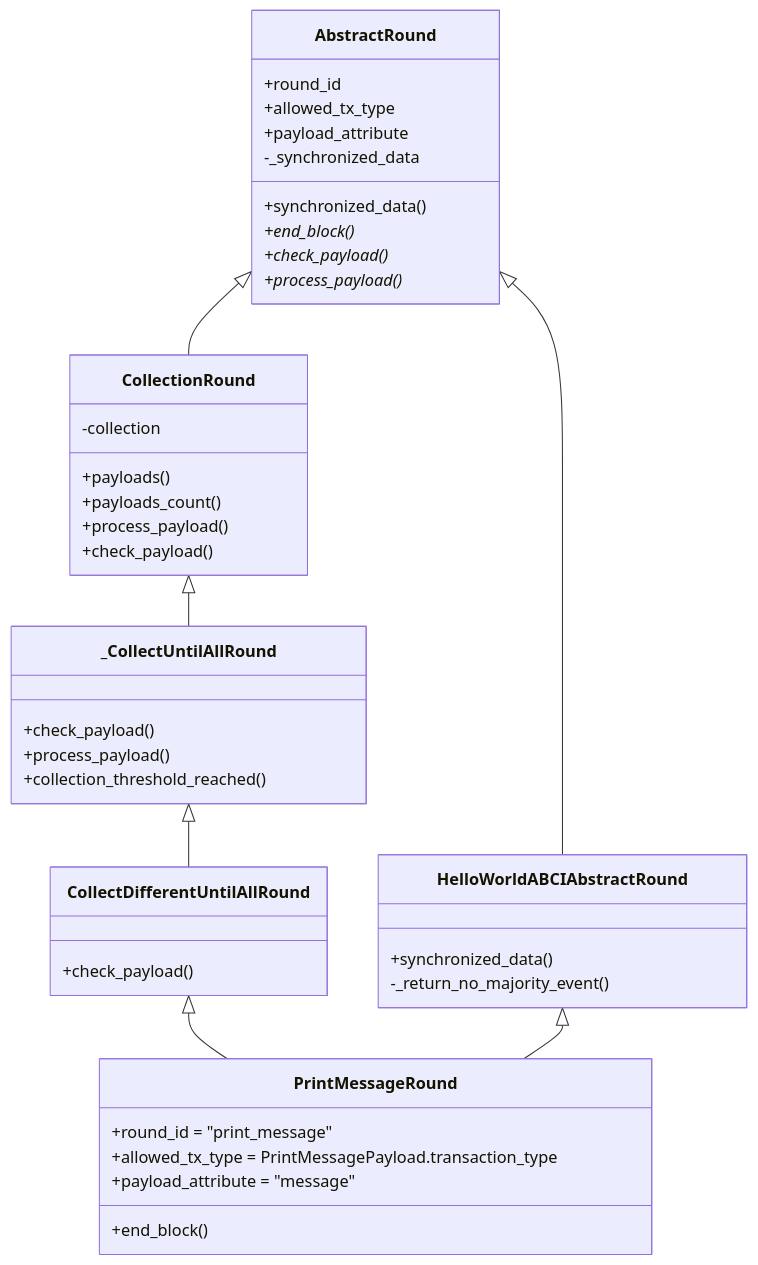
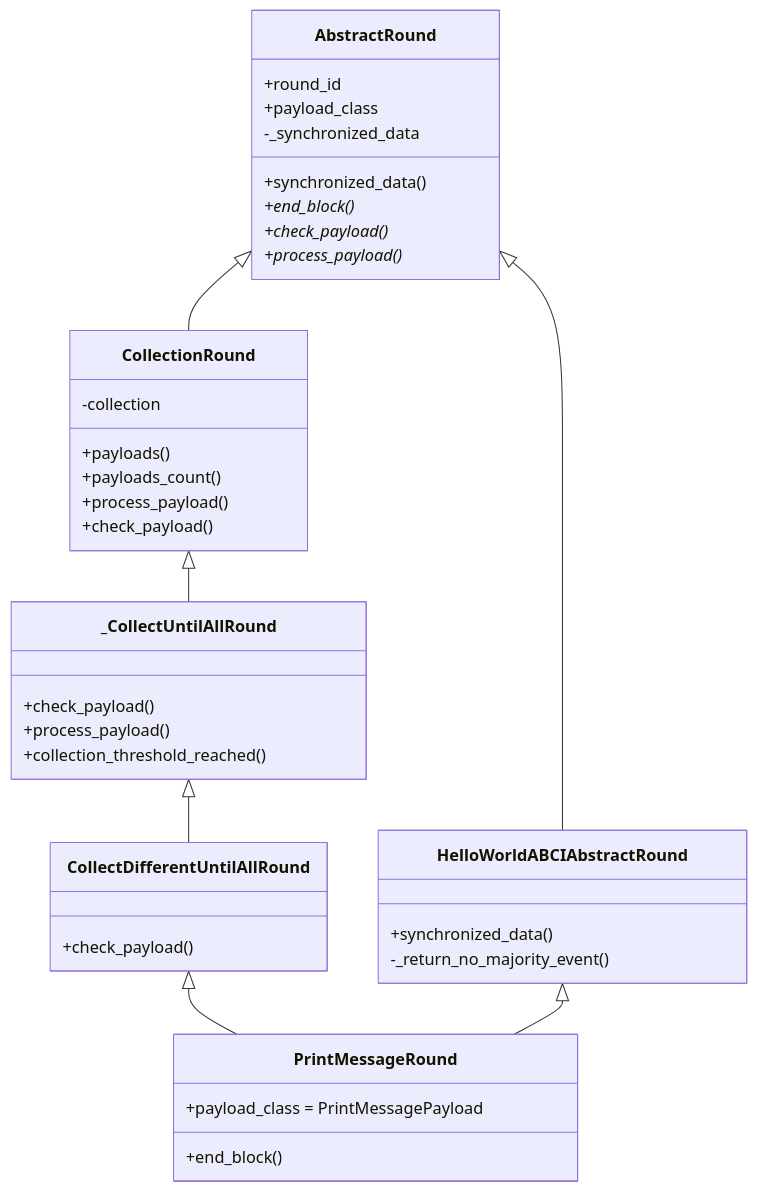
Before and after one commit to valory-xyz/open-autonomy: the first of 2 diagrams in docs/demos/hello_world_demo.md, drawn with Mermaid. The commit also changed other lines of this file, not shown here.

Commit message:
fix: docs test

```diff
--- a/docs/demos/hello_world_demo.md
+++ b/docs/demos/hello_world_demo.md
@@ -298,44 +298,41 @@
   <div class="mermaid">
   classDiagram
       AbstractRound <|-- CollectionRound
       CollectionRound <|-- _CollectUntilAllRound
       _CollectUntilAllRound <|-- CollectDifferentUntilAllRound
       CollectDifferentUntilAllRound <|-- PrintMessageRound
       HelloWorldABCIAbstractRound <|-- PrintMessageRound
       AbstractRound <|-- HelloWorldABCIAbstractRound
       class AbstractRound{
         +round_id
-        +allowed_tx_type
-        +payload_attribute
+        +payload_class
         -_synchronized_data
         +synchronized_data()
         +end_block()*
         +check_payload()*
         +process_payload()*
       }
       class HelloWorldABCIAbstractRound{
         +synchronized_data()
         -_return_no_majority_event()
       }
       class CollectionRound{
         -collection
         +payloads()
         +payloads_count()
         +process_payload()
         +check_payload()
       }
       class _CollectUntilAllRound{
         +check_payload()
         +process_payload()
         +collection_threshold_reached()
       }
       class CollectDifferentUntilAllRound{
         +check_payload()
       }
       class PrintMessageRound{
-        +round_id = "print_message"
-        +allowed_tx_type = PrintMessagePayload.transaction_type
-        +payload_attribute = "message"
+        +payload_class = PrintMessagePayload
         +end_block()
       }
   </div>
```
